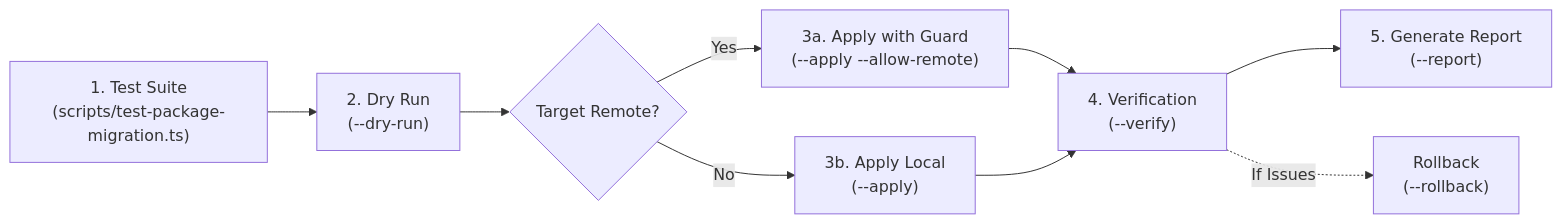
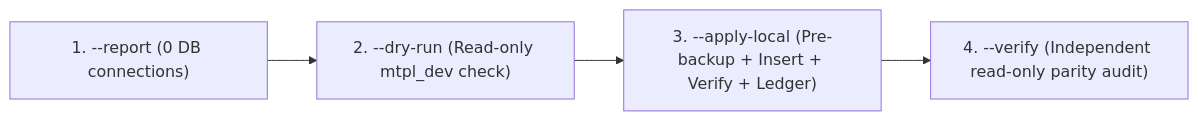
The diagram in docs/P2_PACKAGE_MIGRATION_RUNBOOK.md (Navkar-Logic/mtpl-travel-platform), drawn with Mermaid before and after one commit. The commit also changed other lines of this file and 63 other files, not shown here.

````diff
--- a/docs/P2_PACKAGE_MIGRATION_RUNBOOK.md
+++ b/docs/P2_PACKAGE_MIGRATION_RUNBOOK.md
@@ -55,11 +44,6 @@
 ```mermaid
 flowchart LR
-    A["1. Test Suite<br/>(scripts/test-package-migration.ts)"] --> B["2. Dry Run<br/>(--dry-run)"]
-    B --> C{"Target Remote?"}
-    C -- "Yes" --> D["3a. Apply with Guard<br/>(--apply --allow-remote)"]
-    C -- "No" --> E["3b. Apply Local<br/>(--apply)"]
-    D --> F["4. Verification<br/>(--verify)"]
-    E --> F
-    F --> G["5. Generate Report<br/>(--report)"]
-    F -. "If Issues" .-> H["Rollback<br/>(--rollback)"]
+    A["1. --report (0 DB connections)"] --> B["2. --dry-run (Read-only mtpl_dev check)"]
+    B --> C["3. --apply-local (Pre-backup + Insert + Verify + Ledger)"]
+    C --> D["4. --verify (Independent read-only parity audit)"]
 ```
````
